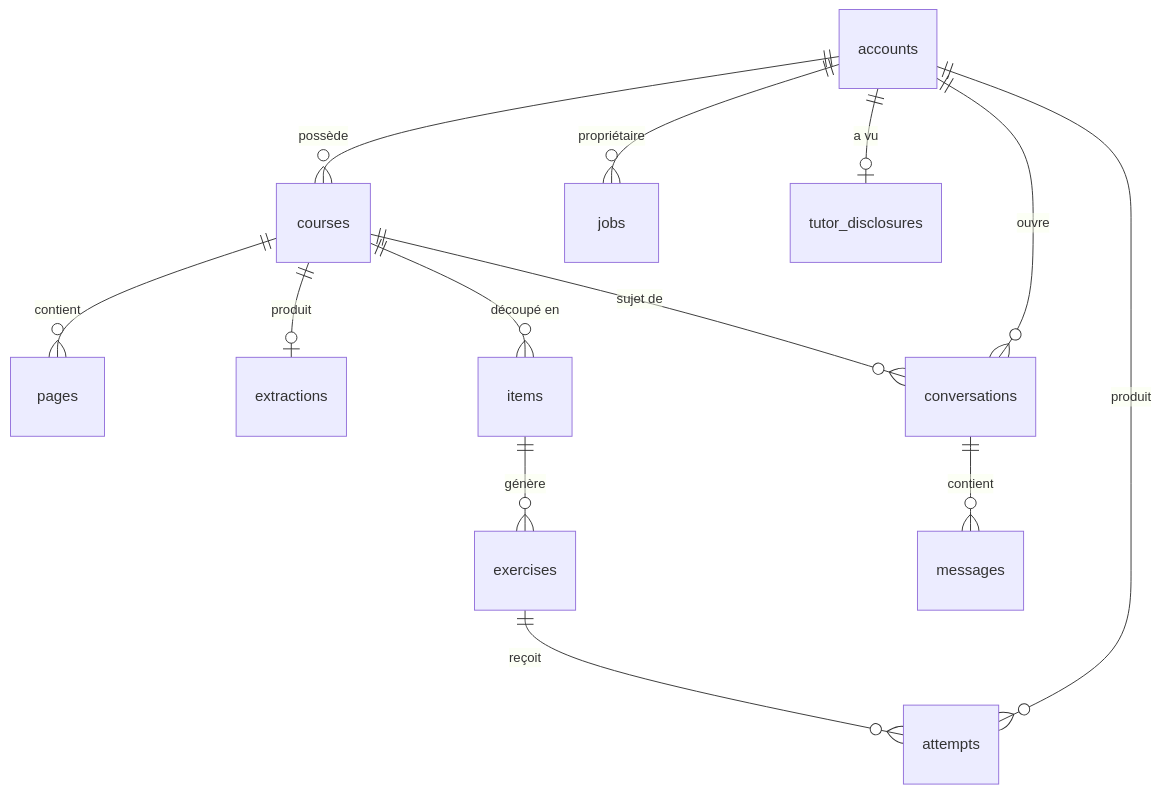
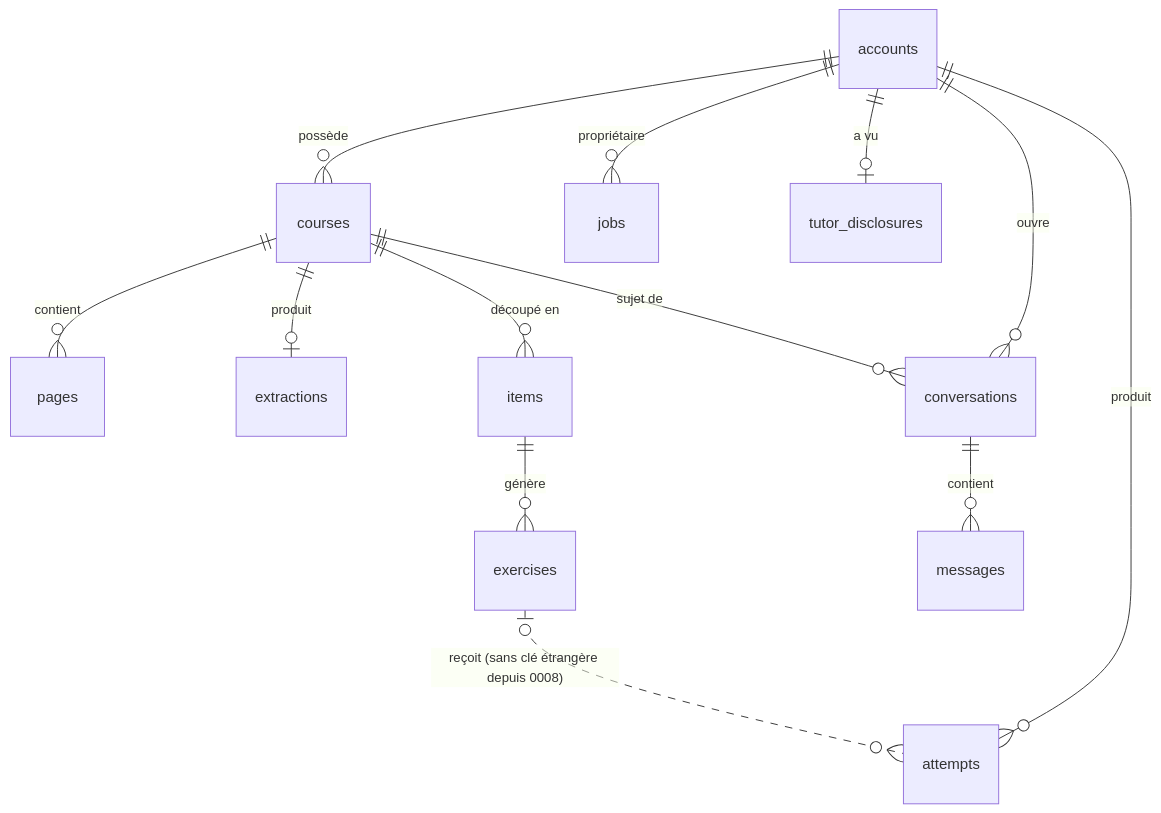
One commit to sonpero/StudiaKids changed the diagram in docs/donnees.md. Above: the diagram before and after it, drawn with Mermaid. The commit also changed other lines of this file and 9 other files, not shown here.

````diff
--- a/docs/donnees.md
+++ b/docs/donnees.md
@@ -26,15 +26,15 @@
 ```mermaid
 erDiagram
   accounts ||--o{ courses : "possède"
   courses ||--o{ pages : "contient"
   courses ||--o| extractions : "produit"
   courses ||--o{ items : "découpé en"
   items ||--o{ exercises : "génère"
-  exercises ||--o{ attempts : "reçoit"
+  exercises |o..o{ attempts : "reçoit (sans clé étrangère depuis 0008)"
   courses ||--o{ conversations : "sujet de"
   conversations ||--o{ messages : "contient"
   accounts ||--o{ attempts : "produit"
   accounts ||--o{ conversations : "ouvre"
   accounts ||--o{ jobs : "propriétaire"
   accounts ||--o| tutor_disclosures : "a vu"
 ```
````
